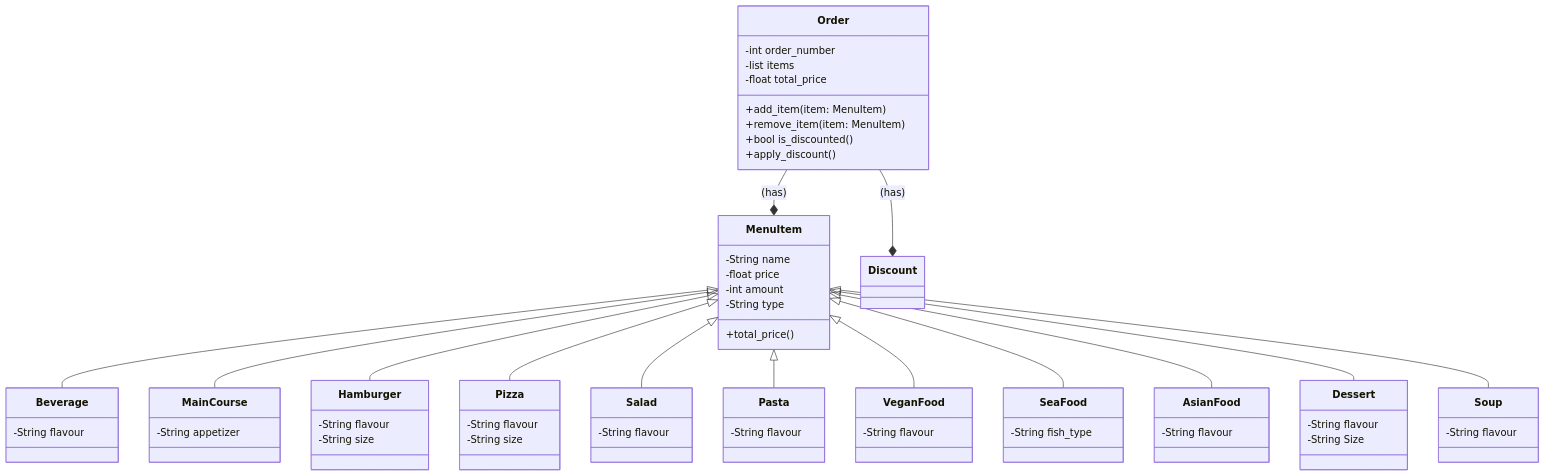
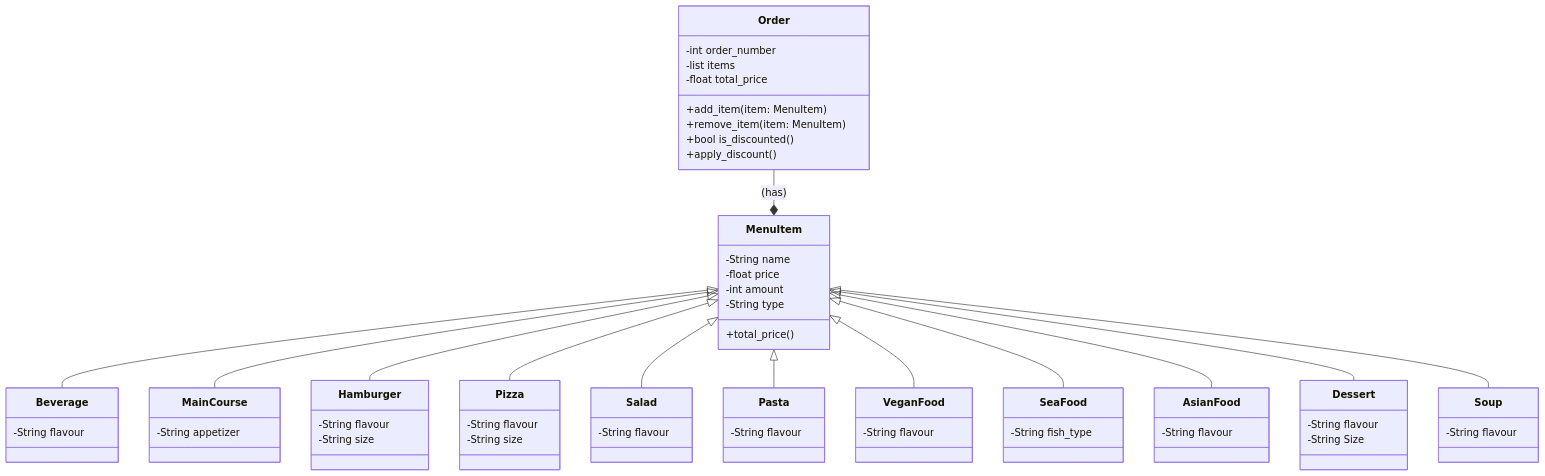
One commit to Jimeeee06/reto_3 changed the diagram in 3. diagrama_restaurante.md. Above: the diagram before and after it, drawn with Mermaid.

Commit message:
Update 3. diagrama_restaurante.md

````diff
--- a/3. diagrama_restaurante.md
+++ b/3. diagrama_restaurante.md
@@ -2,82 +2,81 @@
 ```mermaid
 classDiagram
     direction TB
     class MenuItem {
 	    -String name
 	    -float price
 	    -int amount
 	    -String type
 	    +total_price()
     }
 
     class Beverage {
 	    -String flavour
     }
 
     class MainCourse {
 	    -String appetizer
     }
 
     class Hamburger {
 	    -String flavour
 	    -String size
     }
 
     class Pizza {
 	    -String flavour
 	    -String size
     }
 
     class Salad {
 	    -String flavour
     }
 
     class Pasta {
 	    -String flavour
     }
 
     class VeganFood {
 	    -String flavour
     }
 
     class SeaFood {
         -String fish_type
     }
 
     class AsianFood {
         -String flavour
     }
 
     class Dessert {
 	    -String flavour
 	    -String Size
     }
 
     class Soup {
 	    -String flavour
     }
 
     class Order {
         -int order_number
         -list items
         -float total_price
         +add_item( item: MenuItem )
         +remove_item( item: MenuItem )
         +bool is_discounted()
         +apply_discount()
     }
 
     MenuItem <|-- Beverage
     MenuItem <|-- MainCourse
     MenuItem <|-- Hamburger
     MenuItem <|-- Pizza
     MenuItem <|-- Salad
     MenuItem <|-- Pasta
     MenuItem <|-- VeganFood
     MenuItem <|-- SeaFood
     MenuItem <|-- AsianFood
     MenuItem <|-- Dessert
     MenuItem <|-- Soup
     Order --* MenuItem: (has)
-    Order --* Discount: (has)
 ```
````
